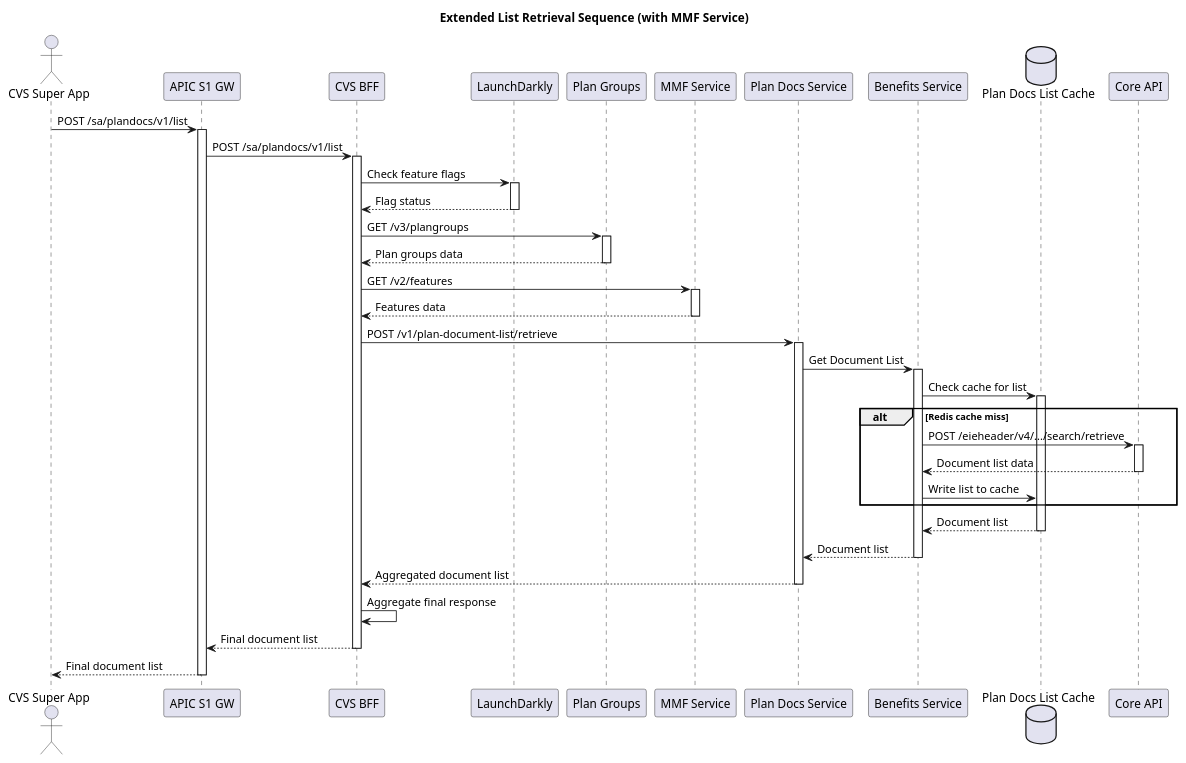
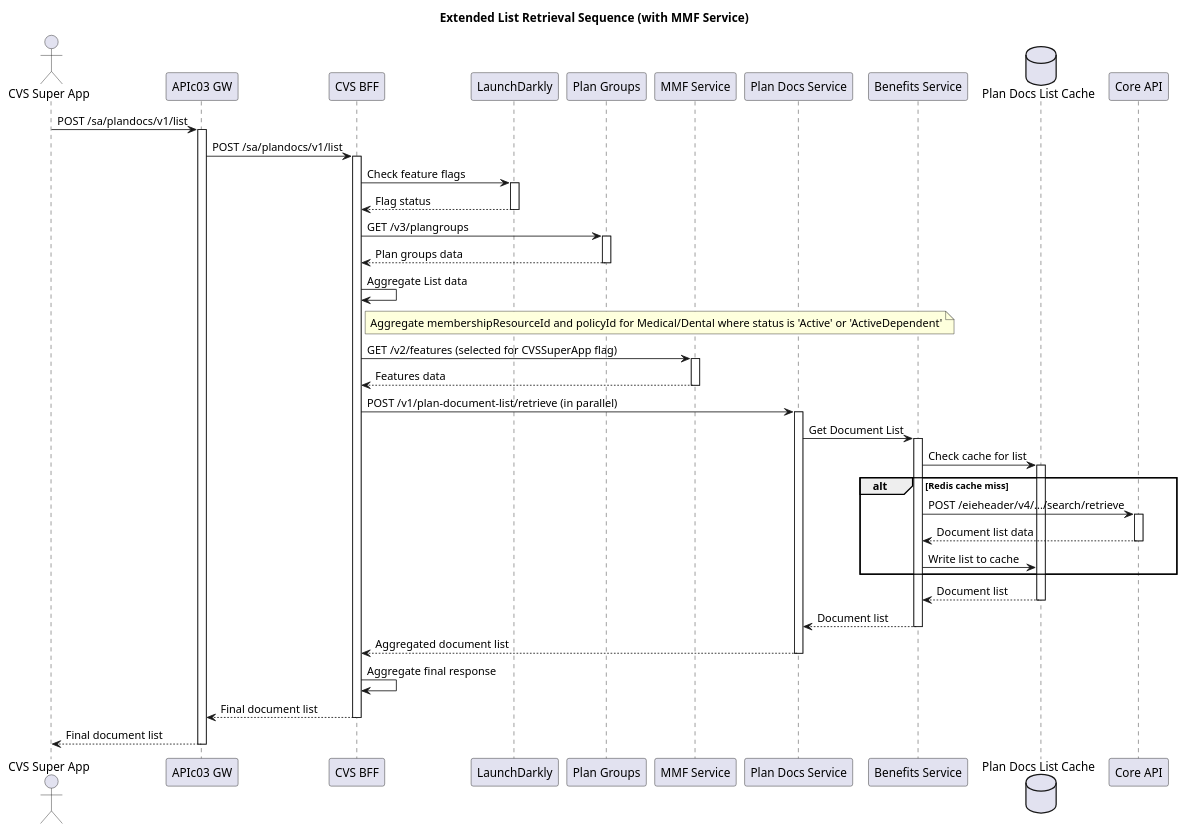
One commit to amramedworkin/bb-prescription changed the diagram in Plan_Docs/directions/Images/extended-list-retrieval-sequence.puml. Above: the diagram before and after it, drawn with PlantUML. The commit also changed 14 other files, not shown here.

```diff
--- a/Plan_Docs/directions/Images/extended-list-retrieval-sequence.puml
+++ b/Plan_Docs/directions/Images/extended-list-retrieval-sequence.puml
@@ -1,63 +1,66 @@
 @startuml
 title Extended List Retrieval Sequence (with MMF Service)
 
 actor "CVS Super App" as Client
-participant "APIC S1 GW" as GW
+participant "APIc03 GW" as GW
 participant "CVS BFF" as BFF
 participant LaunchDarkly
 participant "Plan Groups" as PlanGroups
 participant "MMF Service" as MMF
 participant "Plan Docs Service" as PDS
 participant "Benefits Service" as BenefitsSvc
 database "Plan Docs List Cache" as Redis
 participant "Core API" as CoreAPI
 
 Client -> GW: POST /sa/plandocs/v1/list
 activate GW
 GW -> BFF: POST /sa/plandocs/v1/list
 activate BFF
 
 BFF -> LaunchDarkly: Check feature flags
 activate LaunchDarkly
 LaunchDarkly --> BFF: Flag status
 deactivate LaunchDarkly
 
 BFF -> PlanGroups: GET /v3/plangroups
 activate PlanGroups
 PlanGroups --> BFF: Plan groups data
 deactivate PlanGroups
 
-BFF -> MMF: GET /v2/features
+BFF -> BFF: Aggregate List data
+note right of BFF: Aggregate membershipResourceId and policyId for Medical/Dental where status is 'Active' or 'ActiveDependent'
+
+BFF -> MMF: GET /v2/features (selected for CVSSuperApp flag)
 activate MMF
 MMF --> BFF: Features data
 deactivate MMF
 
-BFF -> PDS: POST /v1/plan-document-list/retrieve
+BFF -> PDS: POST /v1/plan-document-list/retrieve (in parallel)
 activate PDS
 PDS -> BenefitsSvc: Get Document List
 activate BenefitsSvc
 BenefitsSvc -> Redis: Check cache for list
 activate Redis
 
 alt Redis cache miss
     BenefitsSvc -> CoreAPI: POST /eieheader/v4/.../search/retrieve
     activate CoreAPI
     CoreAPI --> BenefitsSvc: Document list data
     deactivate CoreAPI
     BenefitsSvc -> Redis: Write list to cache
 end
 
 Redis --> BenefitsSvc: Document list
 deactivate Redis
 BenefitsSvc --> PDS: Document list
 deactivate BenefitsSvc
 PDS --> BFF: Aggregated document list
 deactivate PDS
 
 BFF -> BFF: Aggregate final response
 BFF --> GW: Final document list
 deactivate BFF
 GW --> Client: Final document list
 deactivate GW
 
 @enduml
```
